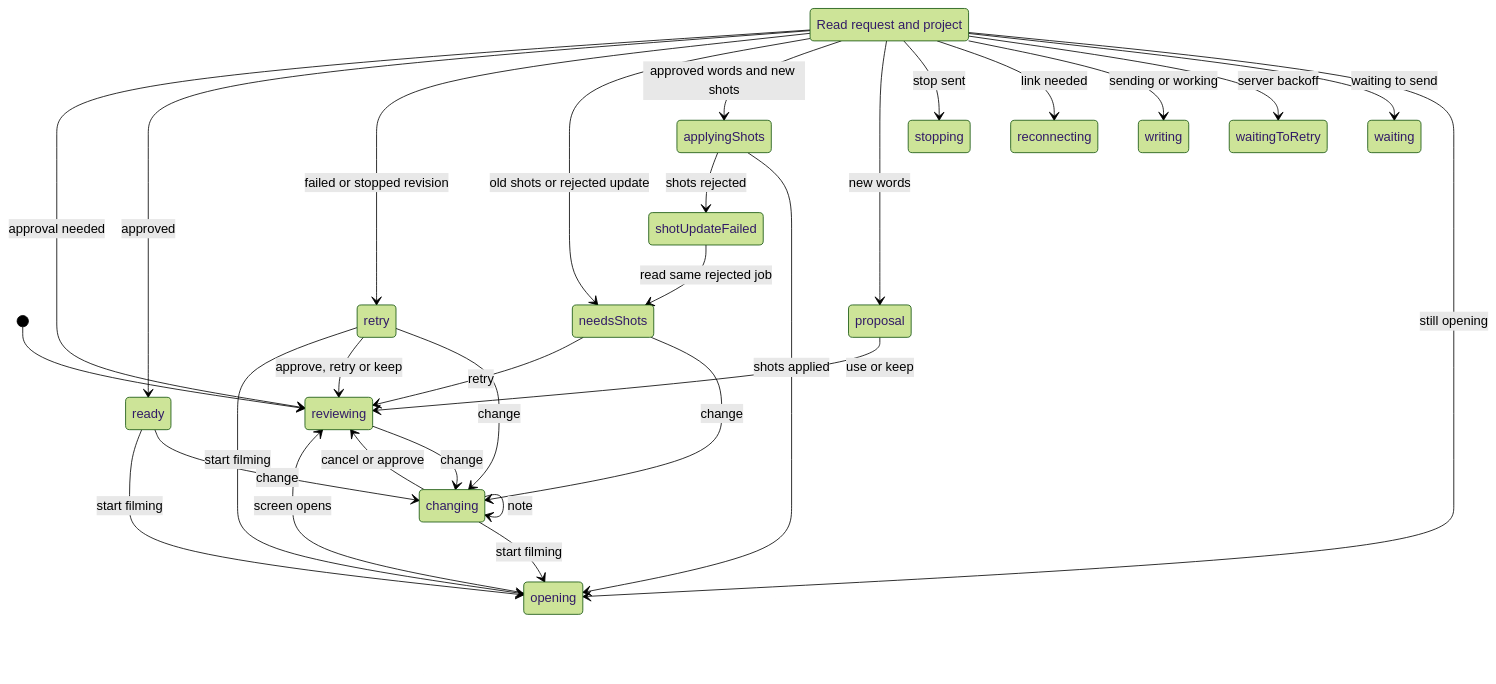
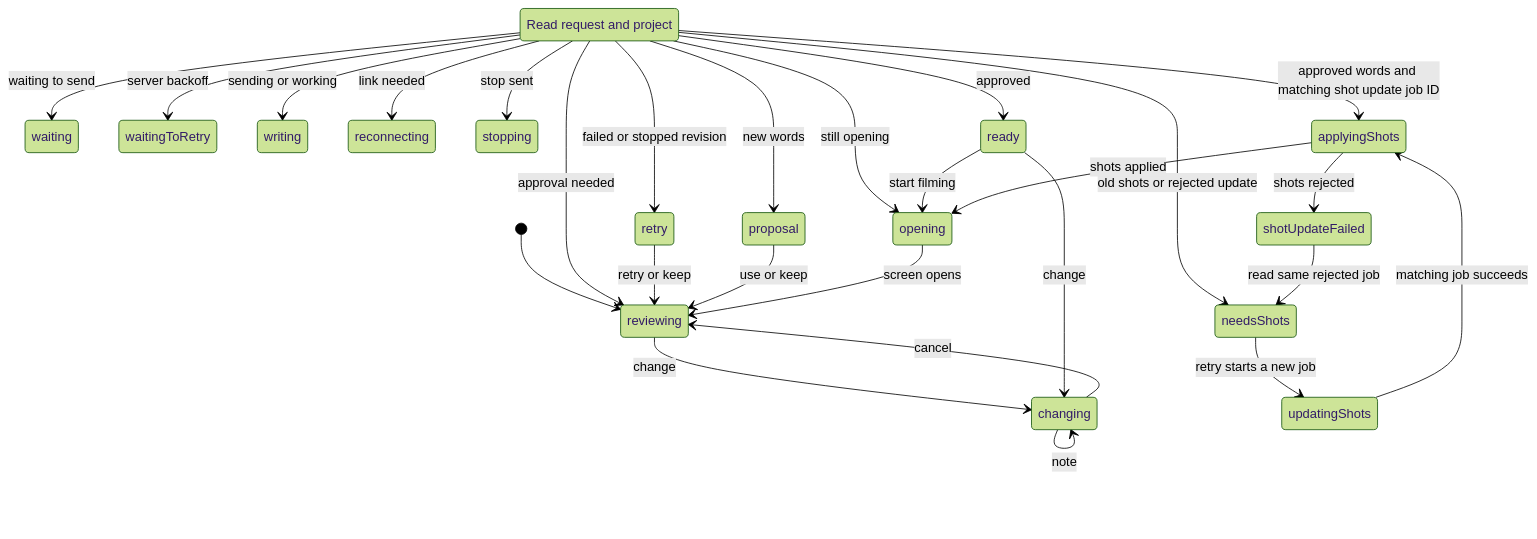
Before and after one commit to prateekranka/instaContentHelper: the sixth of 15 diagrams in docs/state-machines.md, drawn with Mermaid (forest theme). The commit also changed other lines of this file and 6 other files, not shown here.

````diff
--- a/docs/state-machines.md
+++ b/docs/state-machines.md
@@ -194,33 +196,30 @@
 ```mermaid
 stateDiagram-v2
     [*] --> reviewing
     state "Read request and project" as read
     read --> opening: still opening
     read --> waiting: waiting to send
     read --> waitingToRetry: server backoff
     read --> writing: sending or working
     read --> reconnecting: link needed
     read --> stopping: stop sent
     read --> proposal: new words
-    read --> applyingShots: approved words and new shots
+    read --> applyingShots: approved words and matching shot update job ID
     read --> needsShots: old shots or rejected update
     read --> retry: failed or stopped revision
     read --> ready: approved
     read --> reviewing: approval needed
     reviewing --> changing: change
     ready --> changing: change
-    retry --> changing: change
-    needsShots --> changing: change
     changing --> changing: note
-    changing --> reviewing: cancel or approve
-    retry --> reviewing: approve, retry or keep
-    needsShots --> reviewing: retry
+    changing --> reviewing: cancel
+    retry --> reviewing: retry or keep
+    needsShots --> updatingShots: retry starts a new job
+    updatingShots --> applyingShots: matching job succeeds
     proposal --> reviewing: use or keep
     ready --> opening: start filming
-    changing --> opening: start filming
-    retry --> opening: start filming
     applyingShots --> opening: shots applied
     applyingShots --> shotUpdateFailed: shots rejected
     shotUpdateFailed --> needsShots: read same rejected job
     opening --> reviewing: screen opens
 ```
````
